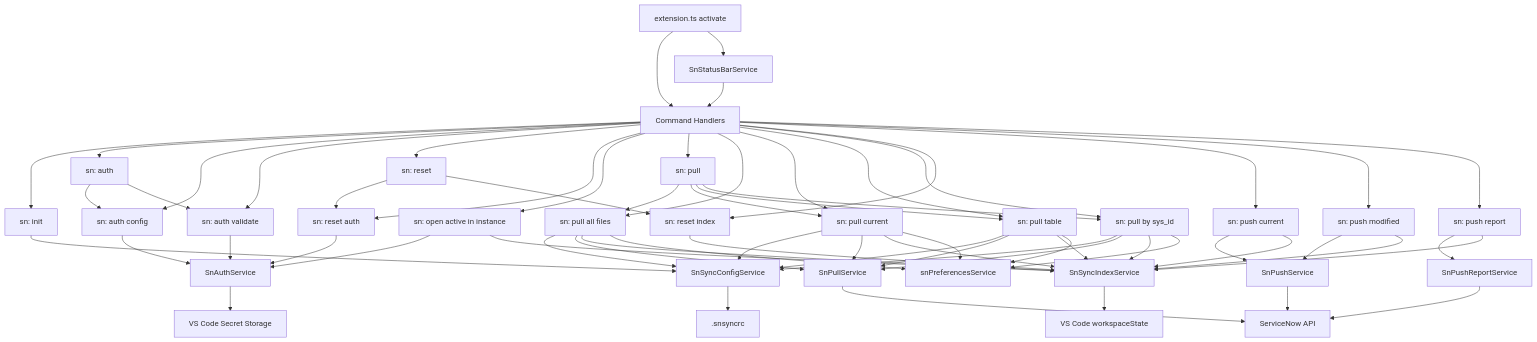
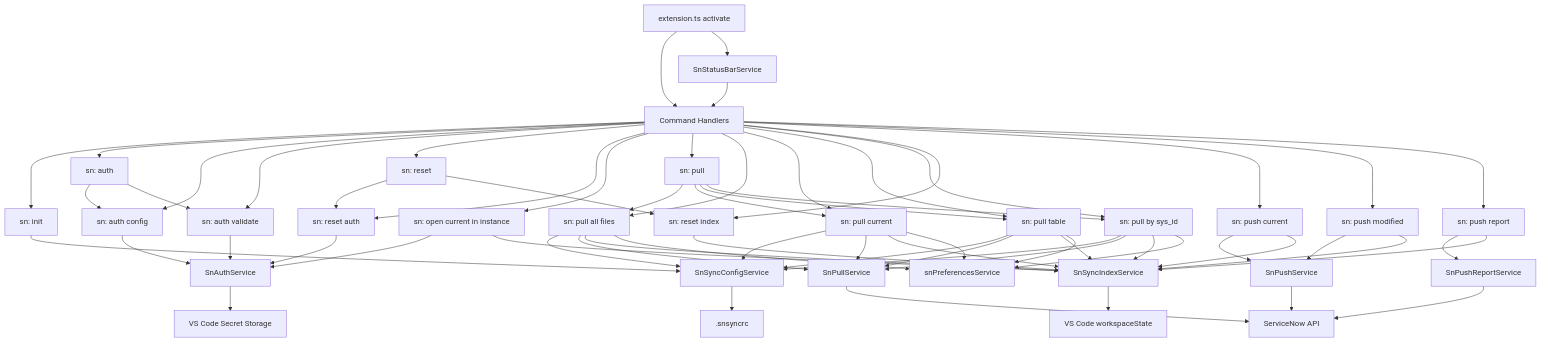
One commit to AlexAlvarez092/sn-sync changed the diagram in docs/architecture.md. Above: the diagram before and after it, drawn with Mermaid. The commit also changed other lines of this file and 16 other files, not shown here.

Commit message:
fix: add missing pull-current/pull-all-files to status bar and rename open-active to open-current

````diff
--- a/docs/architecture.md
+++ b/docs/architecture.md
@@ -242,79 +242,79 @@
 ```mermaid
 flowchart TD
   EXT[extension.ts activate] --> CMD[Command Handlers]
 
   CMD --> INIT[sn: init]
   CMD --> AUTH[sn: auth]
   CMD --> AUTHCFG[sn: auth config]
   CMD --> AUTHV[sn: auth validate]
   CMD --> RESETSEL[sn: reset]
   CMD --> AUTHR[sn: reset auth]
-  CMD --> OPEN[sn: open active in instance]
+  CMD --> OPEN[sn: open current in instance]
   CMD --> PULLSEL[sn: pull]
   CMD --> PULL[sn: pull all files]
   CMD --> PULLCUR[sn: pull current]
   CMD --> PULLTBL[sn: pull table]
   CMD --> PULLID[sn: pull by sys_id]
   CMD --> RESET[sn: reset index]
   CMD --> PUSHA[sn: push current]
   CMD --> PUSHM[sn: push modified]
   CMD --> PUSHR[sn: push report]
   EXT --> SB[SnStatusBarService]
 
   INIT --> CFG[SnSyncConfigService]
   AUTH --> AUTHCFG
   AUTH --> AUTHV
   RESETSEL --> AUTHR
   RESETSEL --> RESET
   AUTHCFG --> AUTHS[SnAuthService]
   AUTHV --> AUTHS
   AUTHR --> AUTHS
   OPEN --> AUTHS
   OPEN --> INDEX
 
   PULLSEL --> PULL
   PULLSEL --> PULLCUR
   PULLSEL --> PULLTBL
   PULLSEL --> PULLID
 
   PULL --> CFG
   PULL --> PULLS[SnPullService]
   PULL --> INDEX[SnSyncIndexService]
   PULL --> PREF[snPreferencesService]
 
   PULLCUR --> CFG
   PULLCUR --> PULLS
   PULLCUR --> INDEX
   PULLCUR --> PREF
 
   PULLTBL --> CFG
   PULLTBL --> PULLS
   PULLTBL --> INDEX
   PULLTBL --> PREF
 
   PULLID --> CFG
   PULLID --> PULLS
   PULLID --> INDEX
   PULLID --> PREF
 
   RESET --> INDEX
 
   PUSHA --> PUSHS[SnPushService]
   PUSHA --> INDEX
 
   PUSHM --> PUSHS
   PUSHM --> INDEX
 
   PUSHR --> REP[SnPushReportService]
   PUSHR --> INDEX
 
   SB --> CMD
 
   PULLS --> SN[ServiceNow API]
   PUSHS --> SN
   REP --> SN
 
   INDEX --> WS[VS Code workspaceState]
   AUTHS --> SEC[VS Code Secret Storage]
   CFG --> RC[.snsyncrc]
 ```
````
